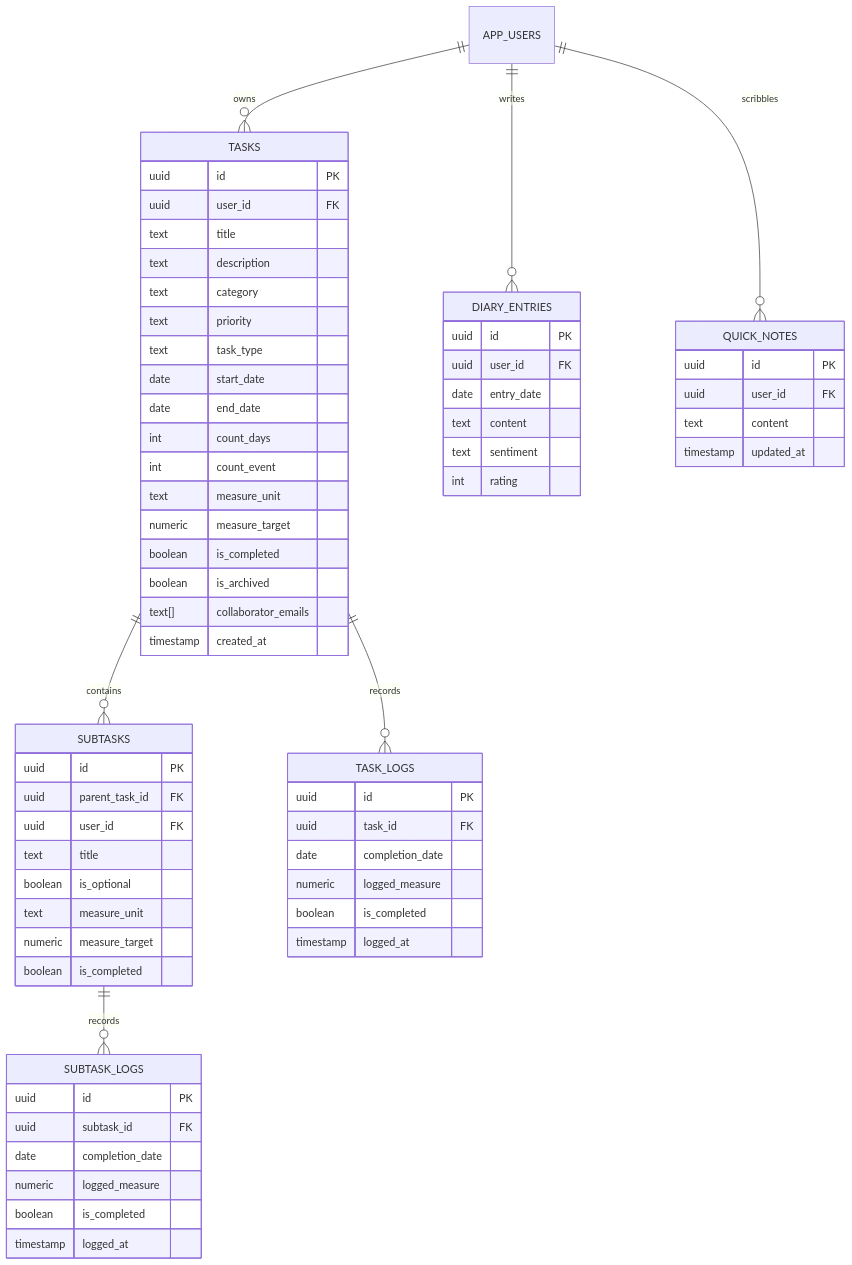
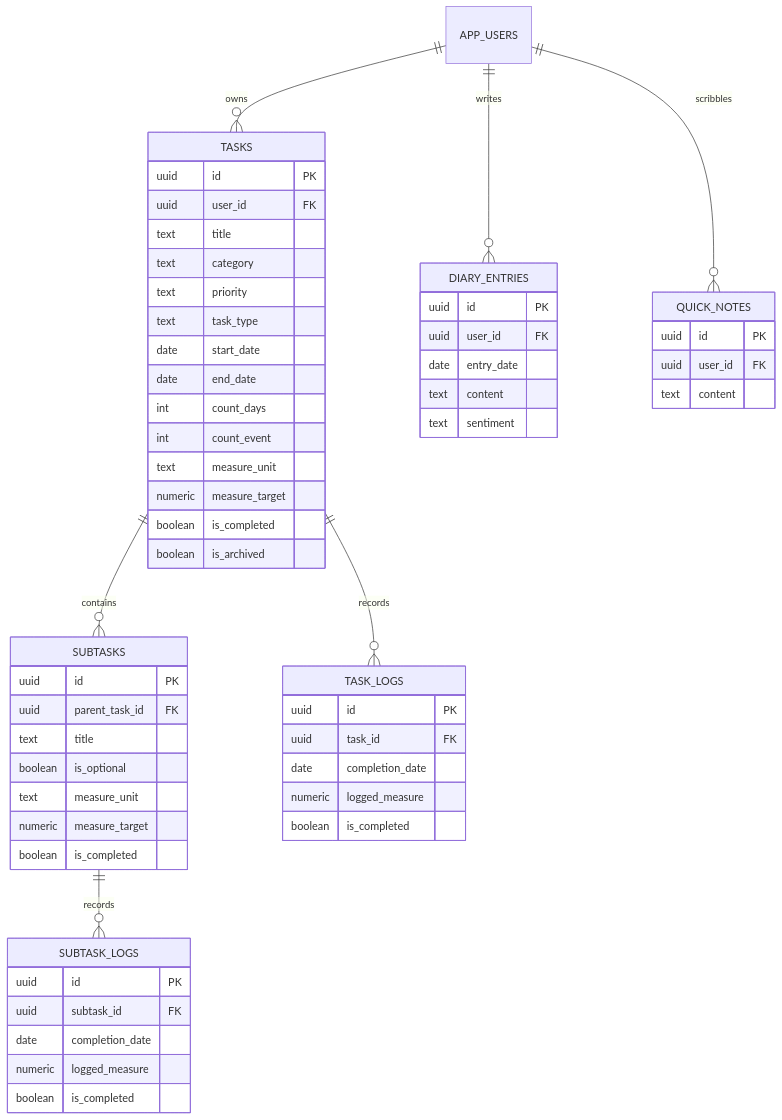
Before and after one commit to premnarayn13/Habit_Hacker: the third of 3 diagrams in README.md, drawn with Mermaid. The commit also changed other lines of this file, not shown here.

````diff
--- a/README.md
+++ b/README.md
@@ -497,74 +359,66 @@
 ```mermaid
 erDiagram
     APP_USERS ||--o{ TASKS : owns
     APP_USERS ||--o{ DIARY_ENTRIES : writes
     APP_USERS ||--o{ QUICK_NOTES : scribbles
     TASKS ||--o{ SUBTASKS : contains
     TASKS ||--o{ TASK_LOGS : records
     SUBTASKS ||--o{ SUBTASK_LOGS : records
 
     TASKS {
         uuid id PK
         uuid user_id FK
         text title
-        text description
         text category
         text priority
         text task_type
         date start_date
         date end_date
         int count_days
         int count_event
         text measure_unit
         numeric measure_target
         boolean is_completed
         boolean is_archived
-        text[] collaborator_emails
-        timestamp created_at
     }
 
     SUBTASKS {
         uuid id PK
         uuid parent_task_id FK
-        uuid user_id FK
         text title
         boolean is_optional
         text measure_unit
         numeric measure_target
         boolean is_completed
     }
 
     TASK_LOGS {
         uuid id PK
         uuid task_id FK
         date completion_date
         numeric logged_measure
         boolean is_completed
-        timestamp logged_at
     }
 
     SUBTASK_LOGS {
         uuid id PK
         uuid subtask_id FK
         date completion_date
         numeric logged_measure
         boolean is_completed
-        timestamp logged_at
     }
 
     DIARY_ENTRIES {
         uuid id PK
         uuid user_id FK
         date entry_date
         text content
         text sentiment
-        int rating
     }
 
     QUICK_NOTES {
         uuid id PK
         uuid user_id FK
         text content
-        timestamp updated_at
     }
 ```
````
